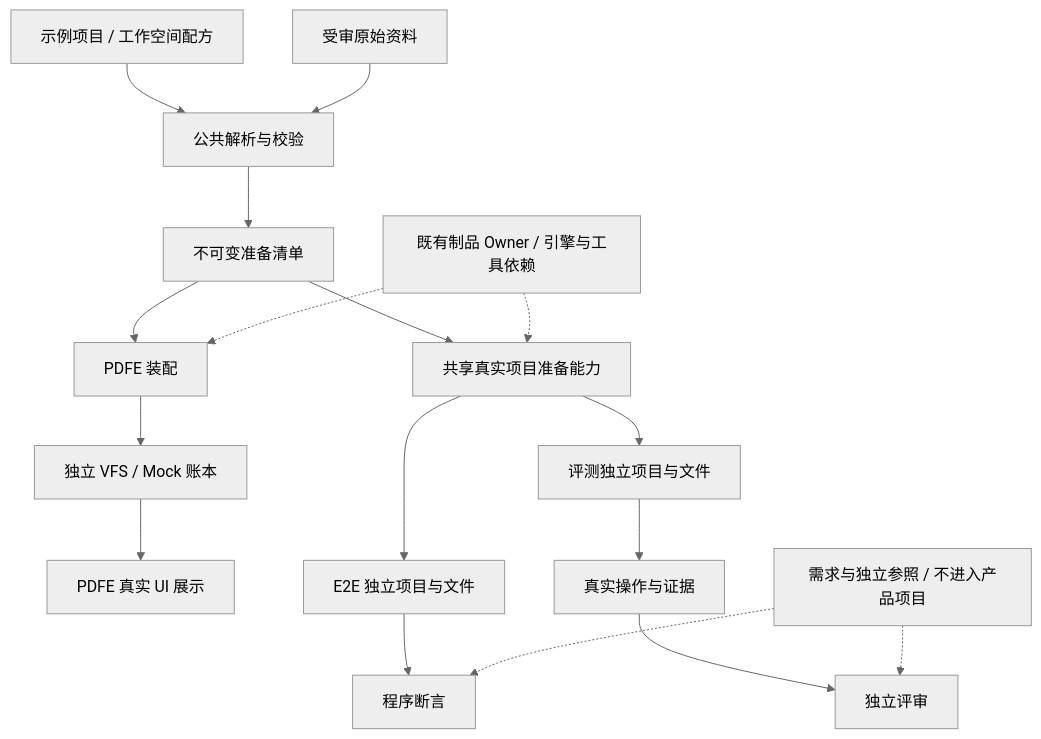
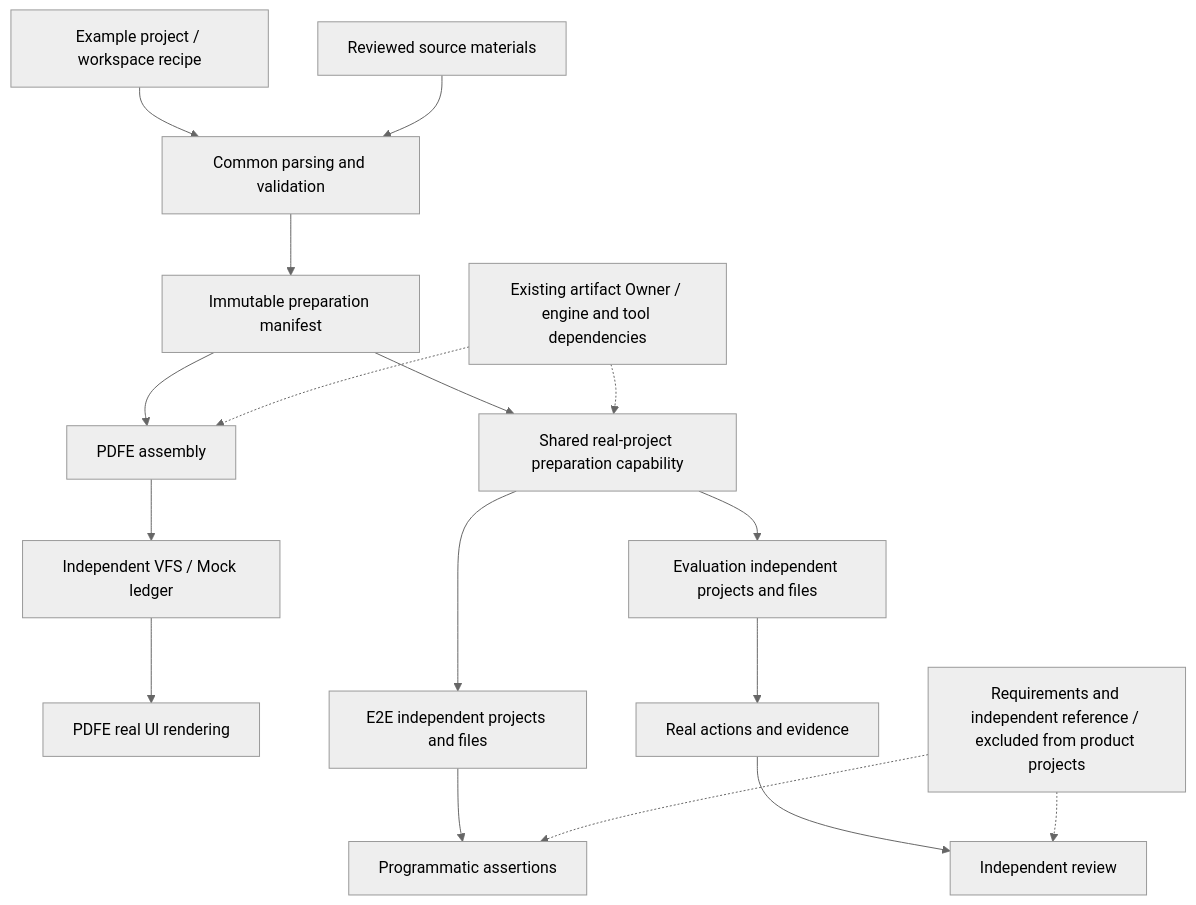
The first of 2 diagrams in docs/architecture/examples.md (alibaba-damo-academy/ScholarSeed), drawn with Mermaid (neutral theme) before and after one commit. The commit also changed other lines of this file and 44 other files, not shown here.

````diff
--- a/docs/architecture/examples.md
+++ b/docs/architecture/examples.md
@@ -101,19 +136,19 @@
 ```mermaid
 flowchart TB
-    Definition["示例项目 / 工作空间配方"] --> Resolver["公共解析与校验"]
-    Assets["受审原始资料"] --> Resolver
-    Resolver --> Plan["不可变准备清单"]
-    Plan --> Mock["PDFE 装配"]
-    Plan --> Real["共享真实项目准备能力"]
-    Mock --> Virtual["独立 VFS / Mock 账本"]
-    Virtual --> PDFE["PDFE 真实 UI 展示"]
-    Real --> Test["E2E 独立项目与文件"]
-    Real --> Eval["评测独立项目与文件"]
-    Test --> Assertions["程序断言"]
-    Eval --> Evidence["真实操作与证据"]
-    Evidence --> Judge["独立评审"]
-    Criteria["需求与独立参照 / 不进入产品项目"] -.-> Assertions
+    Definition["Example project / workspace recipe"] --> Resolver["Common parsing and validation"]
+    Assets["Reviewed source materials"] --> Resolver
+    Resolver --> Plan["Immutable preparation manifest"]
+    Plan --> Mock["PDFE assembly"]
+    Plan --> Real["Shared real-project preparation capability"]
+    Mock --> Virtual["Independent VFS / Mock ledger"]
+    Virtual --> PDFE["PDFE real UI rendering"]
+    Real --> Test["E2E independent projects and files"]
+    Real --> Eval["Evaluation independent projects and files"]
+    Test --> Assertions["Programmatic assertions"]
+    Eval --> Evidence["Real actions and evidence"]
+    Evidence --> Judge["Independent review"]
+    Criteria["Requirements and independent reference / excluded from product projects"] -.-> Assertions
     Criteria -.-> Judge
-    Dependencies["既有制品 Owner / 引擎与工具依赖"] -.-> Mock
+    Dependencies["Existing artifact Owner / engine and tool dependencies"] -.-> Mock
     Dependencies -.-> Real
 ```
````
